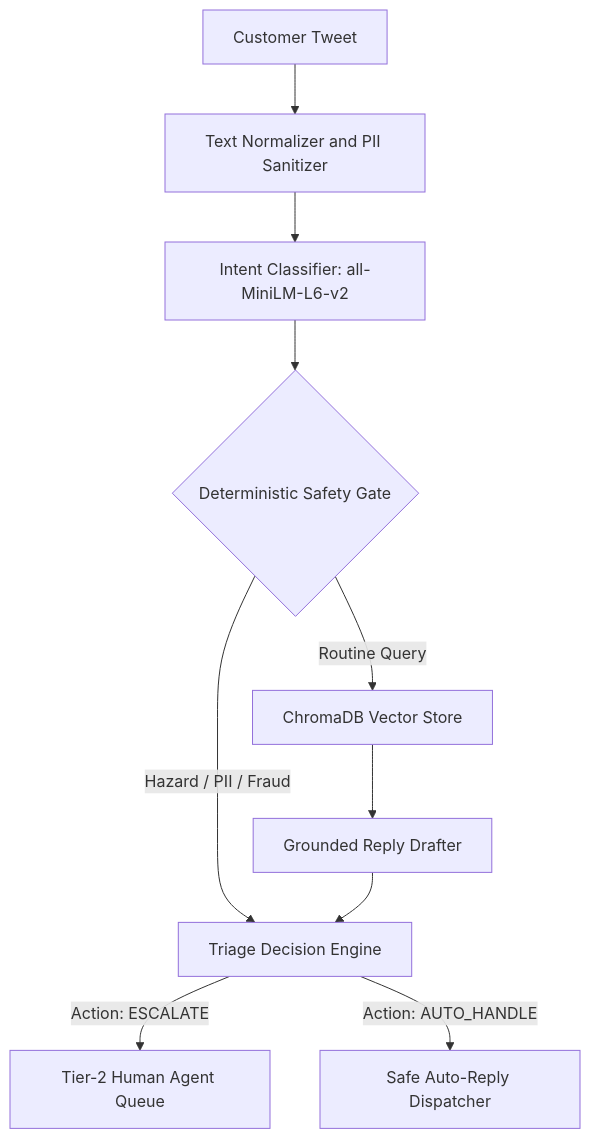
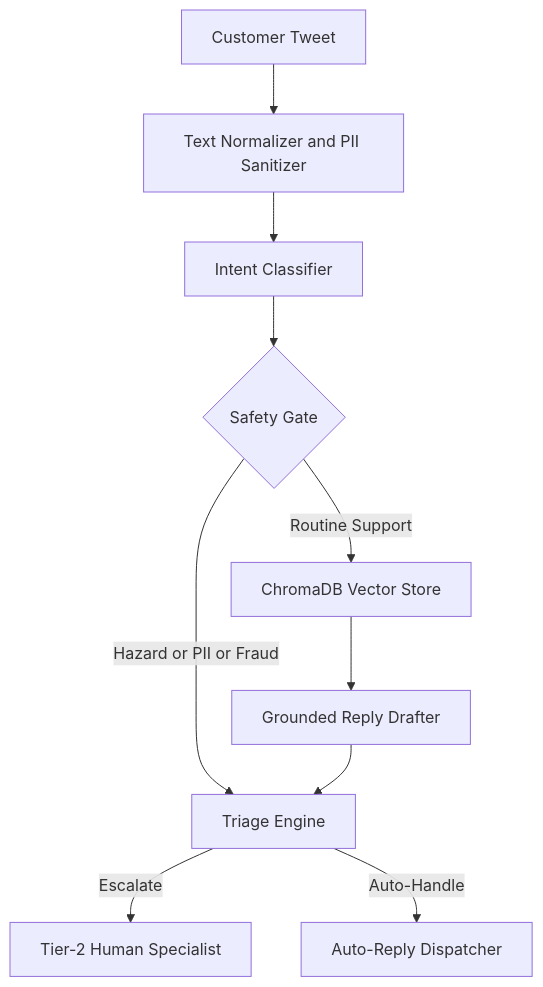
Before and after one commit to nanthitha25/hiver_assignment: the second of 5 diagrams in README.md, drawn with Mermaid. The commit also changed other lines of this file, not shown here.

Commit message:
fix(docs): quote all Mermaid labels and remove unquoted special characters to fix GitHub rich display rendering

````diff
--- a/README.md
+++ b/README.md
@@ -116,12 +116,12 @@
 ```mermaid
 flowchart TD
-    A[Customer Tweet] --> B[Text Normalizer and PII Sanitizer]
-    B --> C[Intent Classifier: all-MiniLM-L6-v2]
-    C --> D{Deterministic Safety Gate}
-    D -->|Hazard / PII / Fraud| E[Triage Decision Engine]
-    D -->|Routine Query| F[ChromaDB Vector Store]
-    F --> G[Grounded Reply Drafter]
+    A["Customer Tweet"] --> B["Text Normalizer and PII Sanitizer"]
+    B --> C["Intent Classifier"]
+    C --> D{"Safety Gate"}
+    D -->|"Hazard or PII or Fraud"| E["Triage Engine"]
+    D -->|"Routine Support"| F["ChromaDB Vector Store"]
+    F --> G["Grounded Reply Drafter"]
     G --> E
-    E -->|Action: ESCALATE| H[Tier-2 Human Agent Queue]
-    E -->|Action: AUTO_HANDLE| I[Safe Auto-Reply Dispatcher]
+    E -->|"Escalate"| H["Tier-2 Human Specialist"]
+    E -->|"Auto-Handle"| I["Auto-Reply Dispatcher"]
 ```
````
